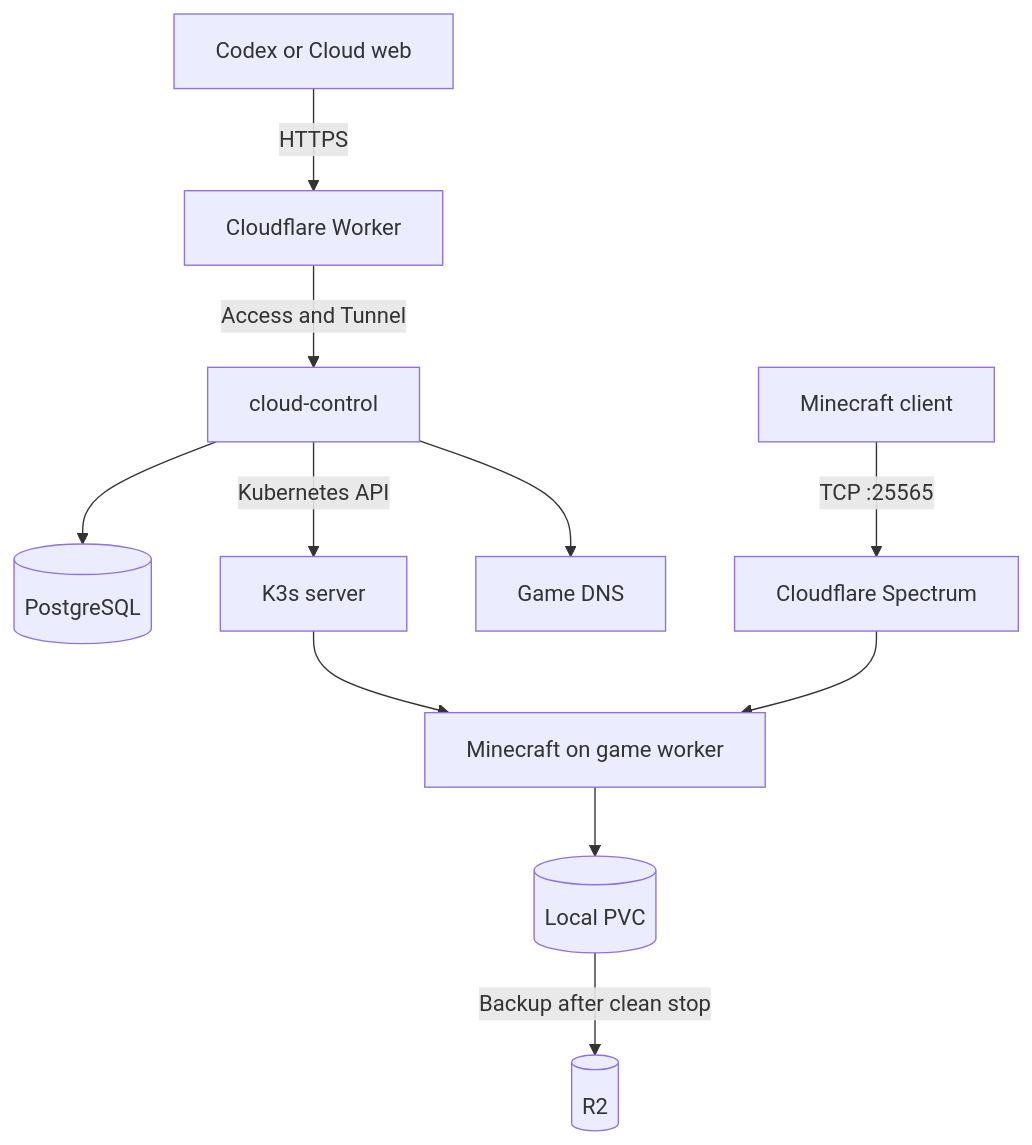
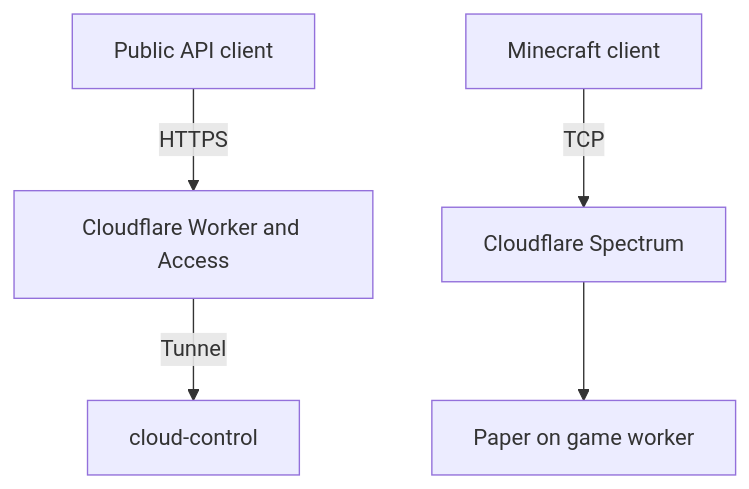
The second of 2 diagrams in docs/architecture.md (147pop/agent-cloud), drawn with Mermaid before and after one commit. The commit also changed other lines of this file and 6 other files, not shown here.

Commit message:
Align the roadmap around the two-host Minecraft foundation

````diff
--- a/docs/architecture.md
+++ b/docs/architecture.md
@@ -15,13 +47,7 @@
 ```mermaid
 flowchart TD
-    Client[Codex or Cloud web] -->|HTTPS| Edge[Cloudflare Worker]
-    Edge -->|Access and Tunnel| Control[cloud-control]
-    Control --> DB[(PostgreSQL)]
-    Control -->|Kubernetes API| K3s[K3s server]
-    K3s --> Game[Minecraft on game worker]
-    Game --> Data[(Local PVC)]
-    Data -->|Backup after clean stop| Backup[(R2)]
-    Control --> DNS[Game DNS]
-    Player[Minecraft client] -->|TCP :25565| Spectrum[Cloudflare Spectrum]
-    Spectrum --> Game
+    PublicClient[Public API client] -->|HTTPS| Edge[Cloudflare Worker and Access]
+    Edge -->|Tunnel| Control[cloud-control]
+    Player[Minecraft client] -->|TCP| Spectrum[Cloudflare Spectrum]
+    Spectrum --> Game[Paper on game worker]
 ```
````
